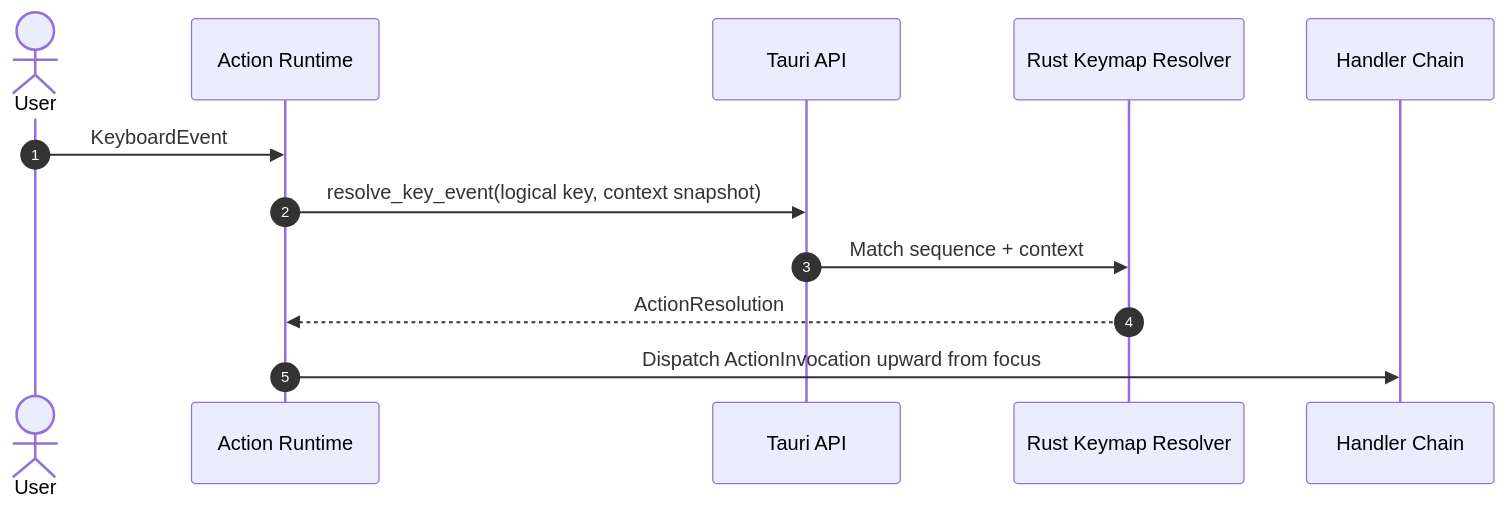
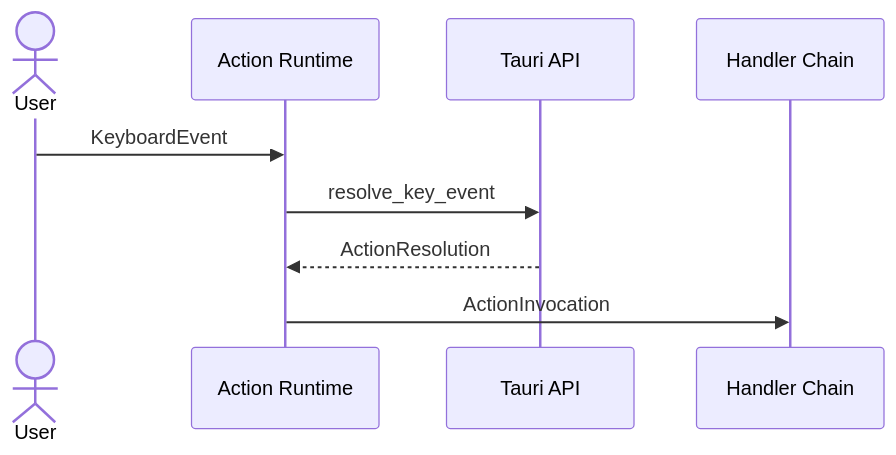
Before and after one commit to andmoreduro/ergo: the eighth of 10 diagrams in context/sequence-diagrams.md, drawn with Mermaid. The commit also changed other lines of this file and 372 other files, not shown here.

````diff
--- a/context/sequence-diagrams.md
+++ b/context/sequence-diagrams.md
@@ -174,16 +128,11 @@
 ```mermaid
 sequenceDiagram
-    autonumber
-
     actor User
     participant Runtime as Action Runtime
     participant API as Tauri API
-    participant Resolver as Rust Keymap Resolver
     participant Handlers as Handler Chain
-
     User->>Runtime: KeyboardEvent
-    Runtime->>API: resolve_key_event(logical key, context snapshot)
-    API->>Resolver: Match sequence + context
-    Resolver-->>Runtime: ActionResolution
-    Runtime->>Handlers: Dispatch ActionInvocation upward from focus
+    Runtime->>API: resolve_key_event
+    API-->>Runtime: ActionResolution
+    Runtime->>Handlers: ActionInvocation
 ```
````
